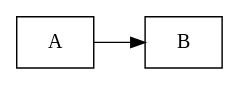
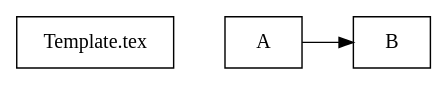
One commit to bwtian/texTemplate changed the diagram in texTemplate.org. Above: the diagram before and after it, drawn with Graphviz. The commit also changed 1 other file, not shown here.

Commit message:
- ‘.#texTemplate.org’ / ‘texTemplate.org’

```diff
--- a/texTemplate.org
+++ b/texTemplate.org
@@ -4,17 +4,18 @@
 #+BEGIN_SRC dot :file ./texTemplate.svg 
 digraph { 
 fontname="Times"; 
 fontsize = 12; 
 splines = false; 
 ranksep = 0.2; 
 nodesep = 0.5; 
 node [shape = box] 
 //1. set node 
+j[label = "Template.tex"]
 
 //2. set path 
 
 A -> B 
 //3. set rank 
 {rank = same; A, B} 
 }
 #+END_SRC
```
